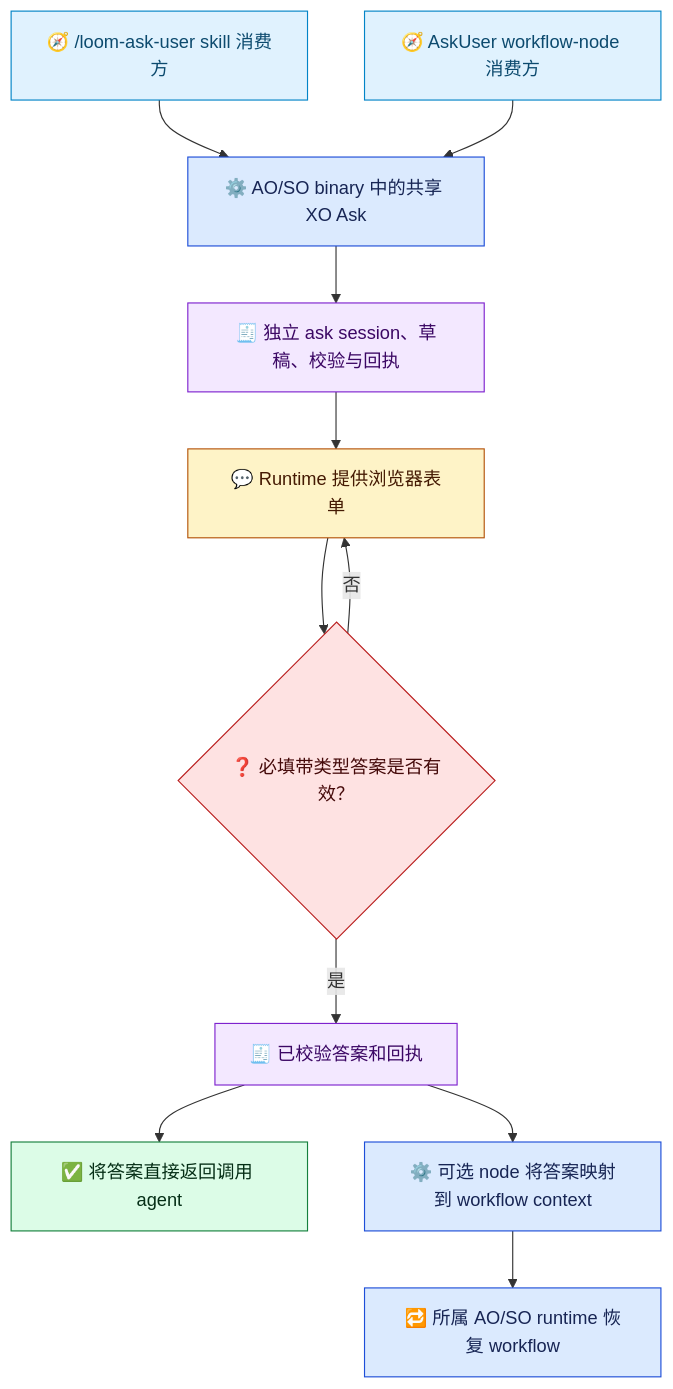
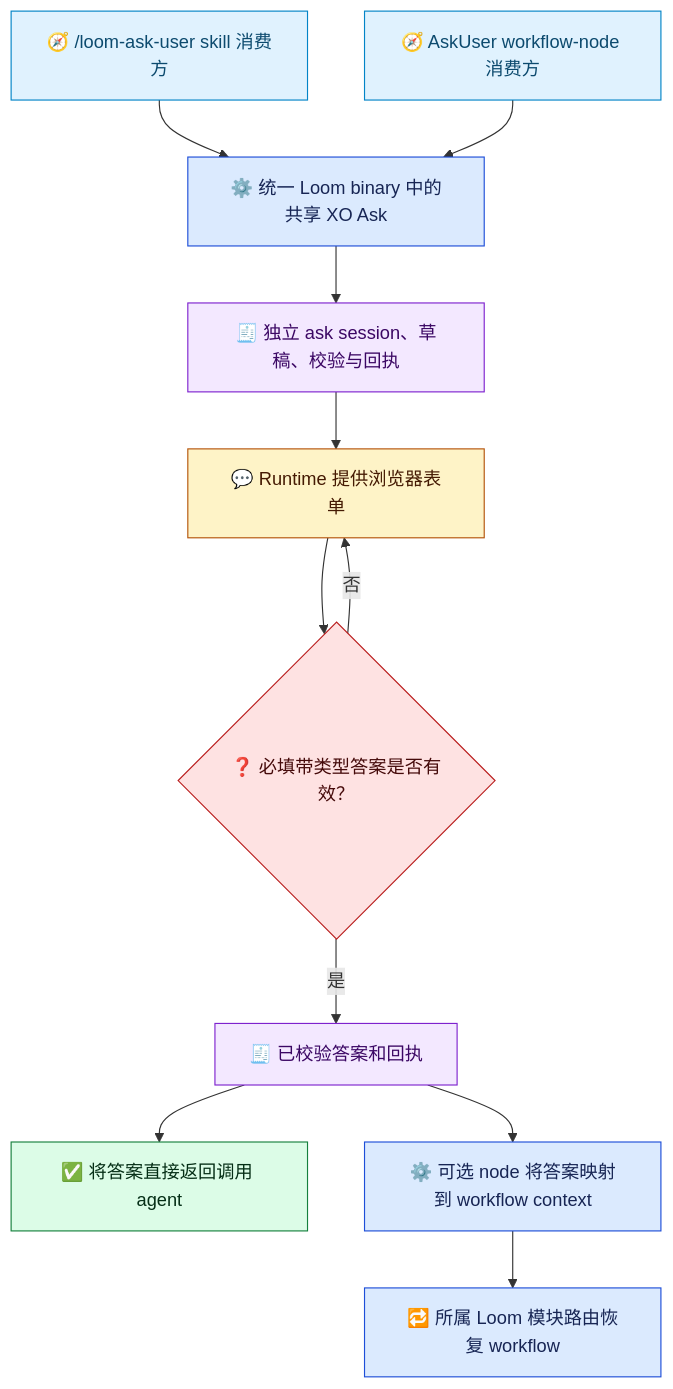
Before and after one commit to waynebaby/Techne-Loom: the diagram in docs/zh-cn/architecture/ask-user-design.md, drawn with Mermaid. The commit also changed other lines of this file and 130 other files, not shown here.

````diff
--- a/docs/zh-cn/architecture/ask-user-design.md
+++ b/docs/zh-cn/architecture/ask-user-design.md
@@ -22,26 +22,26 @@
 ```mermaid
 flowchart TD
-    SKILL["🧭 /loom-ask-user skill 消费方"] --> XO["⚙️ AO/SO binary 中的共享 XO Ask"]
+    SKILL["🧭 /loom-ask-user skill 消费方"] --> XO["⚙️ 统一 Loom binary 中的共享 XO Ask"]
     NODE["🧭 AskUser workflow-node 消费方"] --> XO
     XO --> SESSION["🧾 独立 ask session、草稿、校验与回执"]
     SESSION --> FORM["💬 Runtime 提供浏览器表单"]
     FORM --> CHECK{"❓ 必填带类型答案是否有效？"}
     CHECK -- "否" --> FORM
     CHECK -- "是" --> RESULT["🧾 已校验答案和回执"]
     RESULT --> DIRECT["✅ 将答案直接返回调用 agent"]
     RESULT --> MAP["⚙️ 可选 node 将答案映射到 workflow context"]
-    MAP --> RESUME["🔁 所属 AO/SO runtime 恢复 workflow"]
+    MAP --> RESUME["🔁 所属 Loom 模块路由恢复 workflow"]
 
     classDef consumer fill:#e0f2fe,stroke:#0284c7,color:#0c4a6e;
     classDef runtime fill:#dbeafe,stroke:#1d4ed8,color:#172554;
     classDef user fill:#fef3c7,stroke:#b45309,color:#451a03;
     classDef evidence fill:#f3e8ff,stroke:#7e22ce,color:#3b0764;
     classDef decision fill:#fee2e2,stroke:#b91c1c,color:#450a0a;
     classDef complete fill:#dcfce7,stroke:#15803d,color:#052e16;
     class SKILL,NODE consumer;
     class XO,MAP,RESUME runtime;
     class FORM user;
     class SESSION,RESULT evidence;
     class CHECK decision;
     class DIRECT complete;
 ```
````
